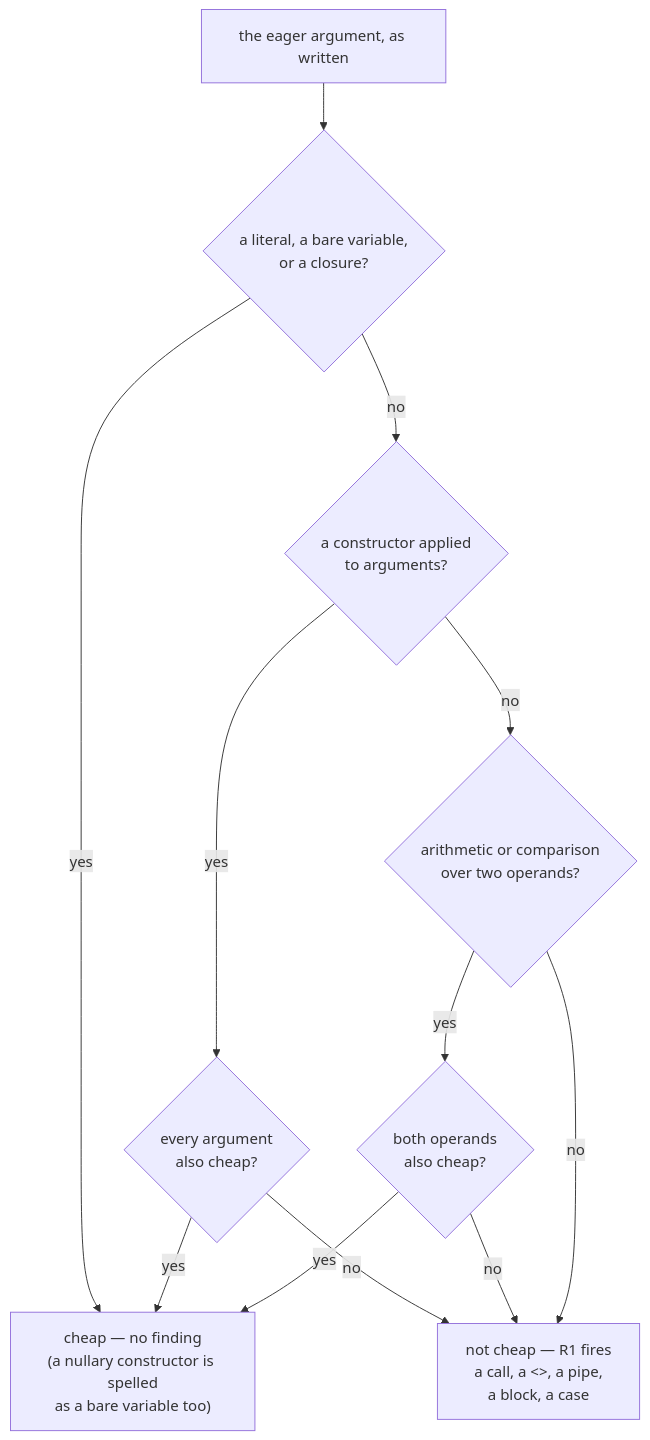
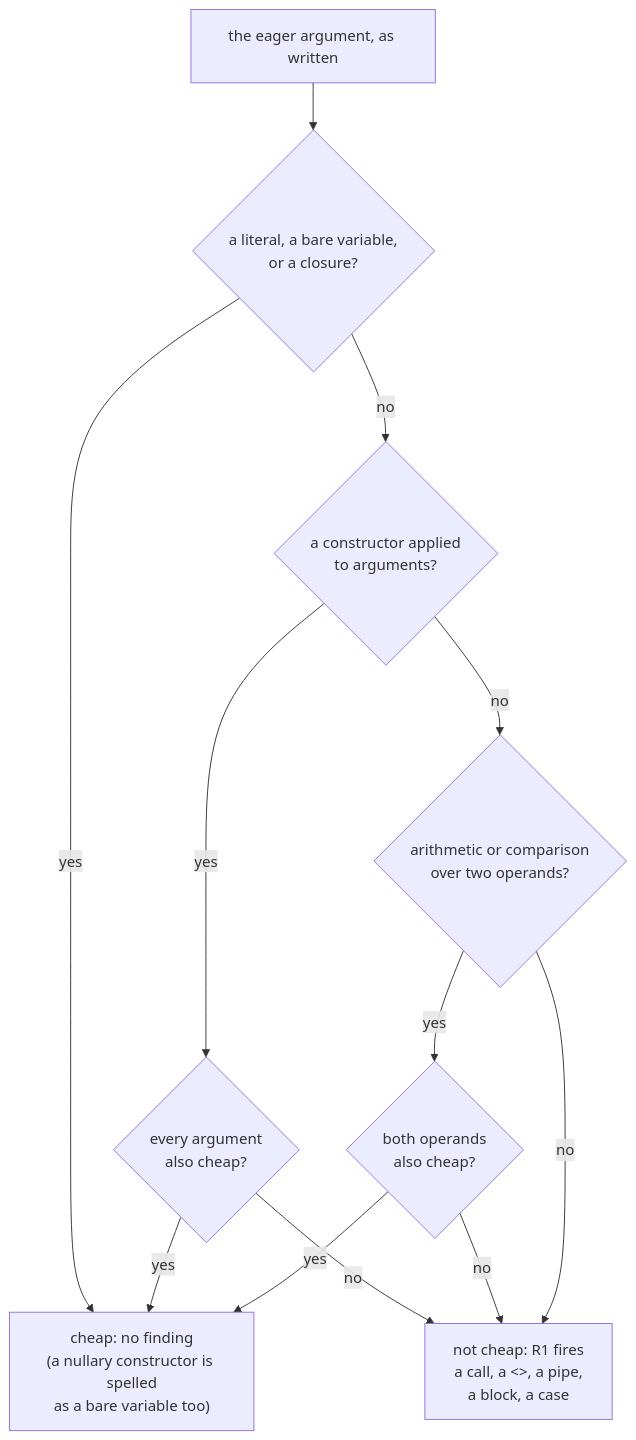
The second of 3 diagrams in packages/lint/README.md (Roasbeef/jevelin-mcp), drawn with Mermaid before and after one commit. The commit also changed other lines of this file and 5 other files, not shown here.

````diff
--- a/packages/lint/README.md
+++ b/packages/lint/README.md
@@ -90,23 +147,23 @@
 ```mermaid
 flowchart TD
     ARG["the eager argument, as written"]
     LIT{"a literal, a bare variable,<br/>or a closure?"}
-    CHEAP["cheap — no finding<br/>(a nullary constructor is spelled<br/>as a bare variable too)"]
+    CHEAP["cheap: no finding<br/>(a nullary constructor is spelled<br/>as a bare variable too)"]
     CTOR{"a constructor applied<br/>to arguments?"}
     ALLCHEAP{"every argument<br/>also cheap?"}
     OP{"arithmetic or comparison<br/>over two operands?"}
     BOTHCHEAP{"both operands<br/>also cheap?"}
-    EXPENSIVE["not cheap — R1 fires<br/>a call, a &lt;&gt;, a pipe,<br/>a block, a case"]
+    EXPENSIVE["not cheap: R1 fires<br/>a call, a &lt;&gt;, a pipe,<br/>a block, a case"]
 
     ARG --> LIT
     LIT -->|yes| CHEAP
     LIT -->|no| CTOR
     CTOR -->|yes| ALLCHEAP
     ALLCHEAP -->|yes| CHEAP
     ALLCHEAP -->|no| EXPENSIVE
     CTOR -->|no| OP
     OP -->|yes| BOTHCHEAP
     BOTHCHEAP -->|yes| CHEAP
     BOTHCHEAP -->|no| EXPENSIVE
     OP -->|no| EXPENSIVE
 ```
````
